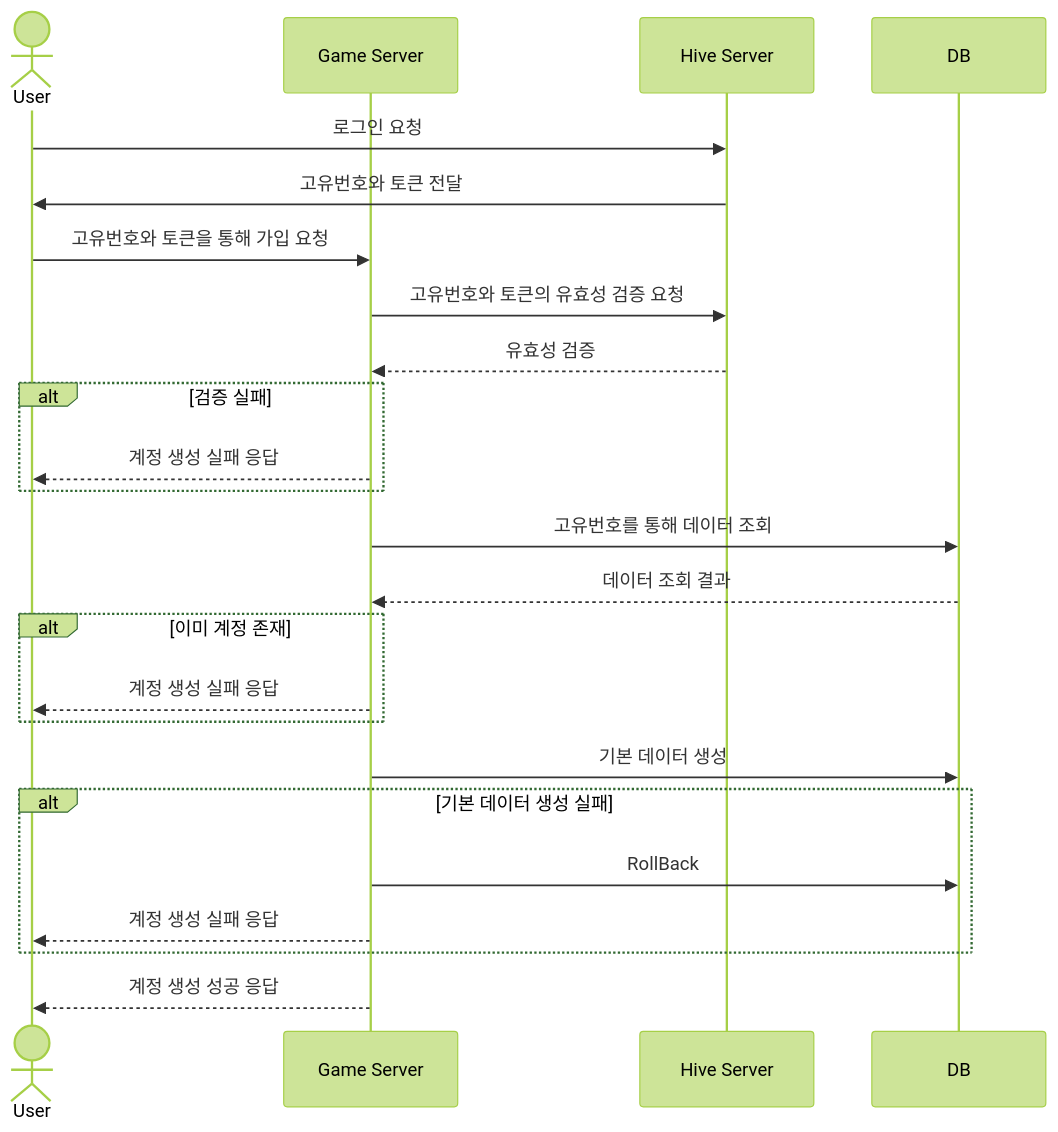
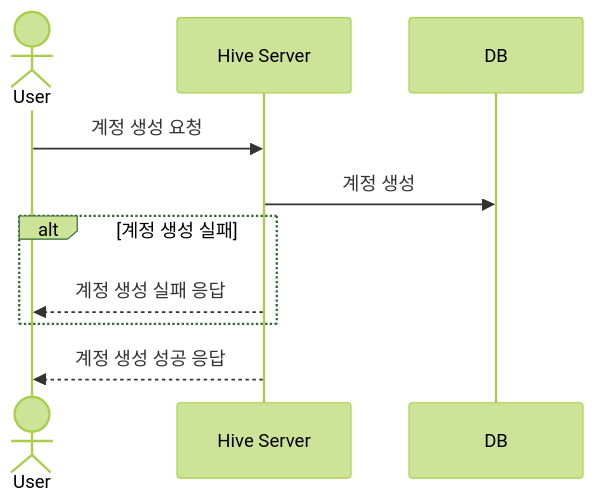
Before and after one commit to jacking75/edu_Learn_ASPNetCore_APIServer: the first of 2 diagrams in codes/APIServer_Templete/README.md, drawn with Mermaid (forest theme).

````diff
--- a/codes/APIServer_Templete/README.md
+++ b/codes/APIServer_Templete/README.md
@@ -107,32 +107,14 @@
 ```mermaid
 sequenceDiagram
 	actor User
-	participant Game Server
 	participant Hive Server
 	participant DB
 
-	User->> Hive Server: 로그인 요청
-	Hive Server ->> User : 고유번호와 토큰 전달
-
-	User ->> Game Server : 고유번호와 토큰을 통해 가입 요청
-	Game Server ->> Hive Server : 고유번호와 토큰의 유효성 검증 요청
-	Hive Server -->> Game Server : 유효성 검증
-	alt 검증 실패
-	Game Server -->> User : 계정 생성 실패 응답
-	end
-	
-	Game Server ->> DB : 고유번호를 통해 데이터 조회
-	DB -->> Game Server : 데이터 조회 결과
-	alt 이미 계정 존재
-	Game Server -->> User : 계정 생성 실패 응답
+	User->> Hive Server: 계정 생성 요청
+	Hive Server ->> DB : 계정 생성
+	alt 계정 생성 실패
+	Hive Server -->> User : 계정 생성 실패 응답
 	end
 
-	Game Server ->> DB : 기본 데이터 생성
-	alt 기본 데이터 생성 실패
-	Game Server ->> DB : RollBack
-	Game Server -->> User : 계정 생성 실패 응답
-	end
-
-	Game Server -->> User : 계정 생성 성공 응답
-
+	Hive Server -->> User : 계정 생성 성공 응답
 ```  
````
